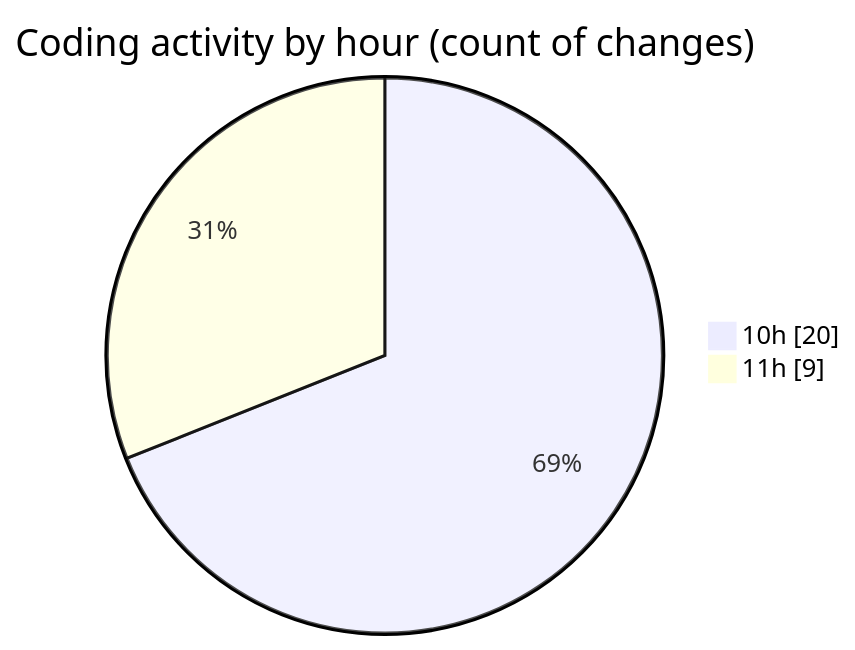
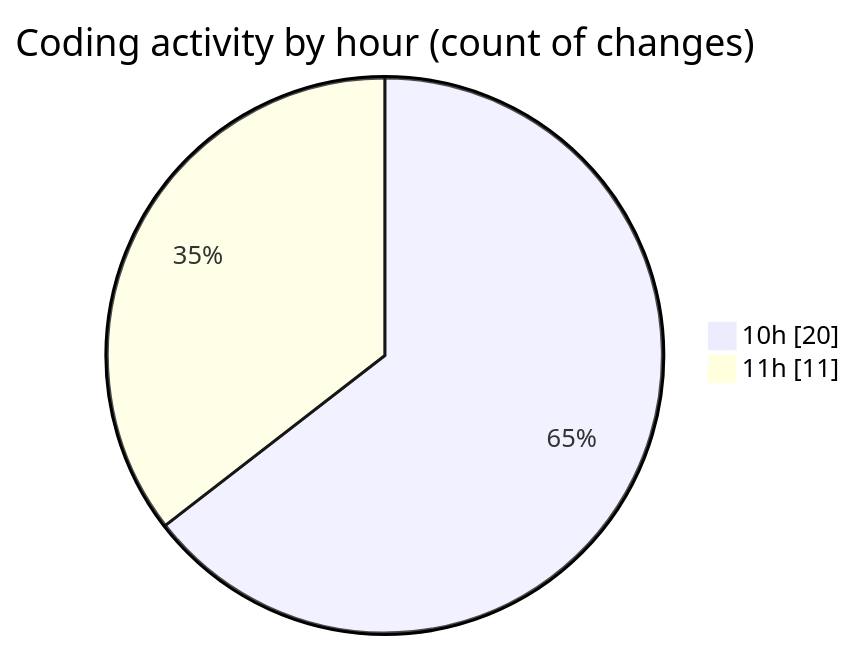
The second of 2 diagrams in 2025-07-28/cda/README.md (momahboobian/code-tracking), drawn with Mermaid before and after one commit. The commit also changed other lines of this file and 1 other file, not shown here.

````diff
--- a/2025-07-28/cda/README.md
+++ b/2025-07-28/cda/README.md
@@ -28,6 +30,6 @@
 ```mermaid
 pie showData
 title Coding activity by hour (count of changes)
 "10h" : 20
-"11h" : 9
+"11h" : 11
 ```
````
